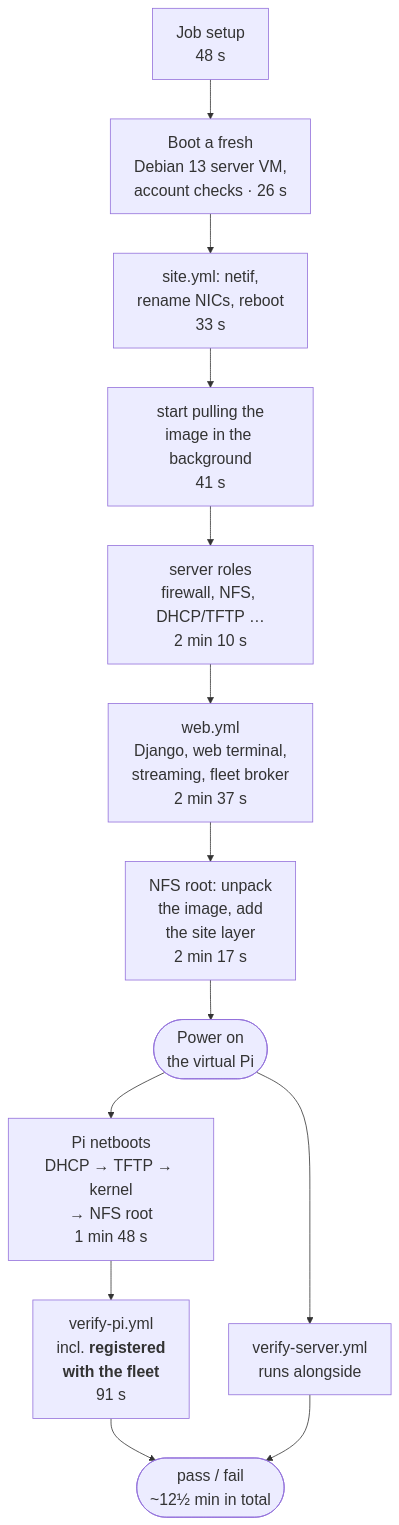
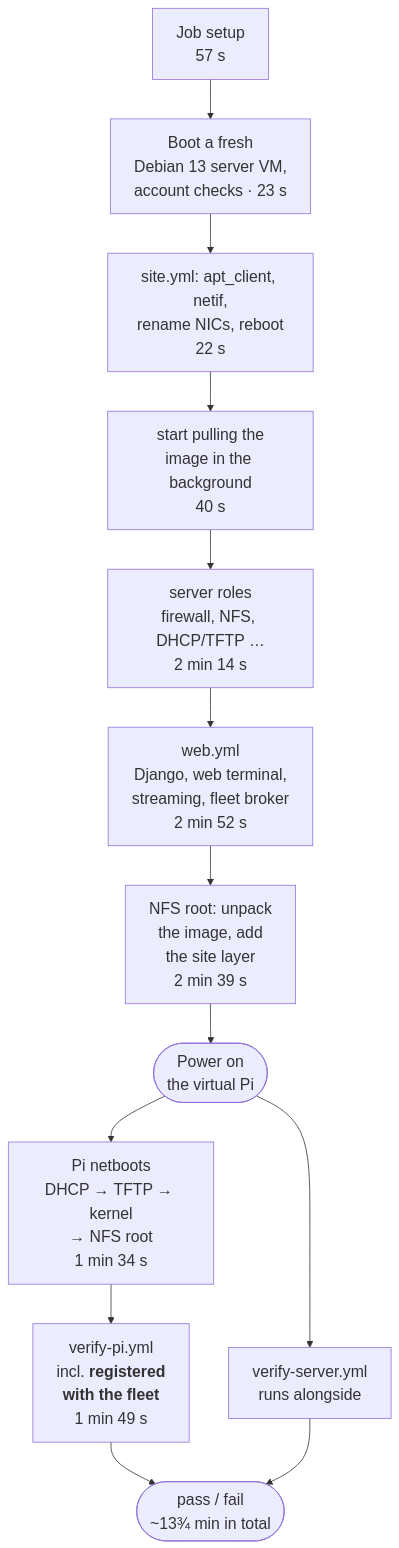
One commit to fpgas-online/fpgas.online-infra changed the third of 3 diagrams in docs/ci.md. Above: the diagram before and after it, drawn with Mermaid. The commit also changed other lines of this file, not shown here.

````diff
--- a/docs/ci.md
+++ b/docs/ci.md
@@ -146,19 +153,19 @@
 ```mermaid
 %%{init: {"themeVariables": {"fontSize": "20px"}}}%%
 flowchart TB
-    setup["Job setup<br/>48 s"]
-    srv["Boot a fresh<br/>Debian 13 server VM,<br/>account checks · 26 s"]
-    s1["site.yml: netif,<br/>rename NICs, reboot<br/>33 s"]
-    s2["start pulling the<br/>image in the background<br/>41 s"]
-    s3["server roles<br/>firewall, NFS, DHCP/TFTP …<br/>2 min 10 s"]
-    s4["web.yml<br/>Django, web terminal,<br/>streaming, fleet broker<br/>2 min 37 s"]
-    s5["NFS root: unpack<br/>the image, add<br/>the site layer<br/>2 min 17 s"]
+    setup["Job setup<br/>57 s"]
+    srv["Boot a fresh<br/>Debian 13 server VM,<br/>account checks · 23 s"]
+    s1["site.yml: apt_client, netif,<br/>rename NICs, reboot<br/>22 s"]
+    s2["start pulling the<br/>image in the background<br/>40 s"]
+    s3["server roles<br/>firewall, NFS, DHCP/TFTP …<br/>2 min 14 s"]
+    s4["web.yml<br/>Django, web terminal,<br/>streaming, fleet broker<br/>2 min 52 s"]
+    s5["NFS root: unpack<br/>the image, add<br/>the site layer<br/>2 min 39 s"]
     pion(["Power on<br/>the virtual Pi"])
-    boot["Pi netboots<br/>DHCP → TFTP → kernel<br/>→ NFS root<br/>1 min 48 s"]
-    vp["verify-pi.yml<br/>incl. <b>registered<br/>with the fleet</b><br/>91 s"]
+    boot["Pi netboots<br/>DHCP → TFTP → kernel<br/>→ NFS root<br/>1 min 34 s"]
+    vp["verify-pi.yml<br/>incl. <b>registered<br/>with the fleet</b><br/>1 min 49 s"]
     vs["verify-server.yml<br/>runs alongside"]
-    result(["pass / fail<br/>~12½ min in total"])
+    result(["pass / fail<br/>~13¾ min in total"])
     setup --> srv --> s1 --> s2 --> s3 --> s4 --> s5 --> pion
     pion --> boot --> vp --> result
     pion --> vs --> result
 ```
````
